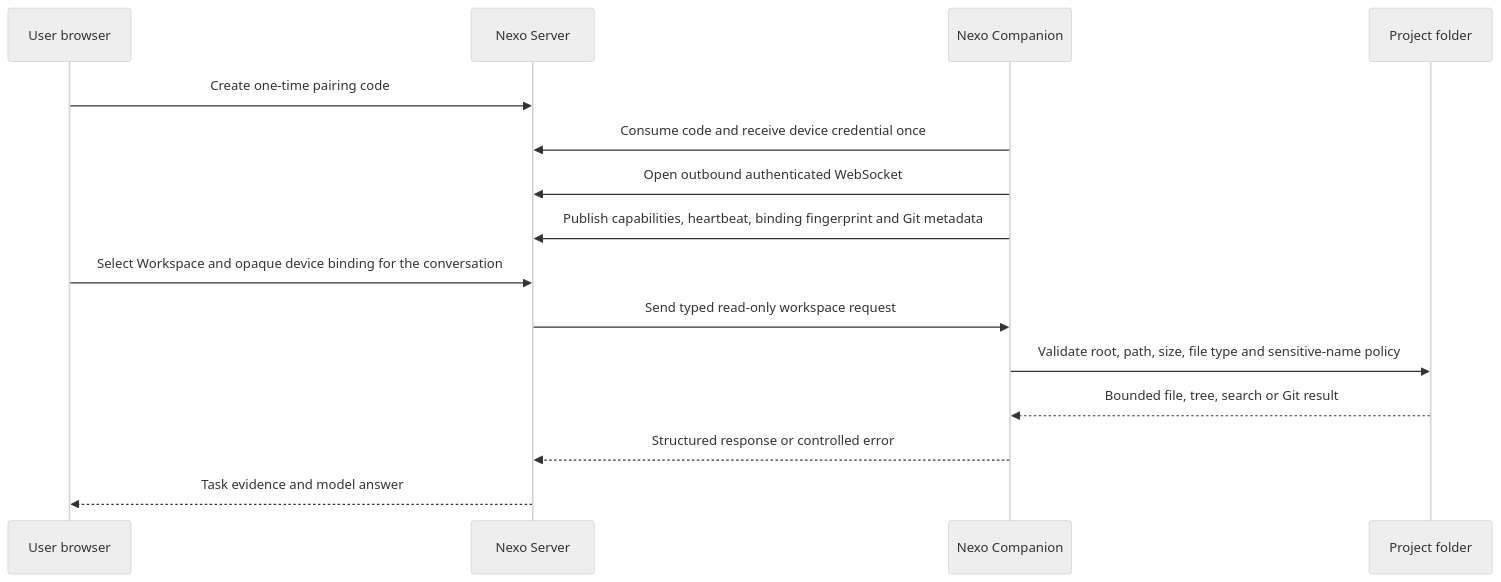
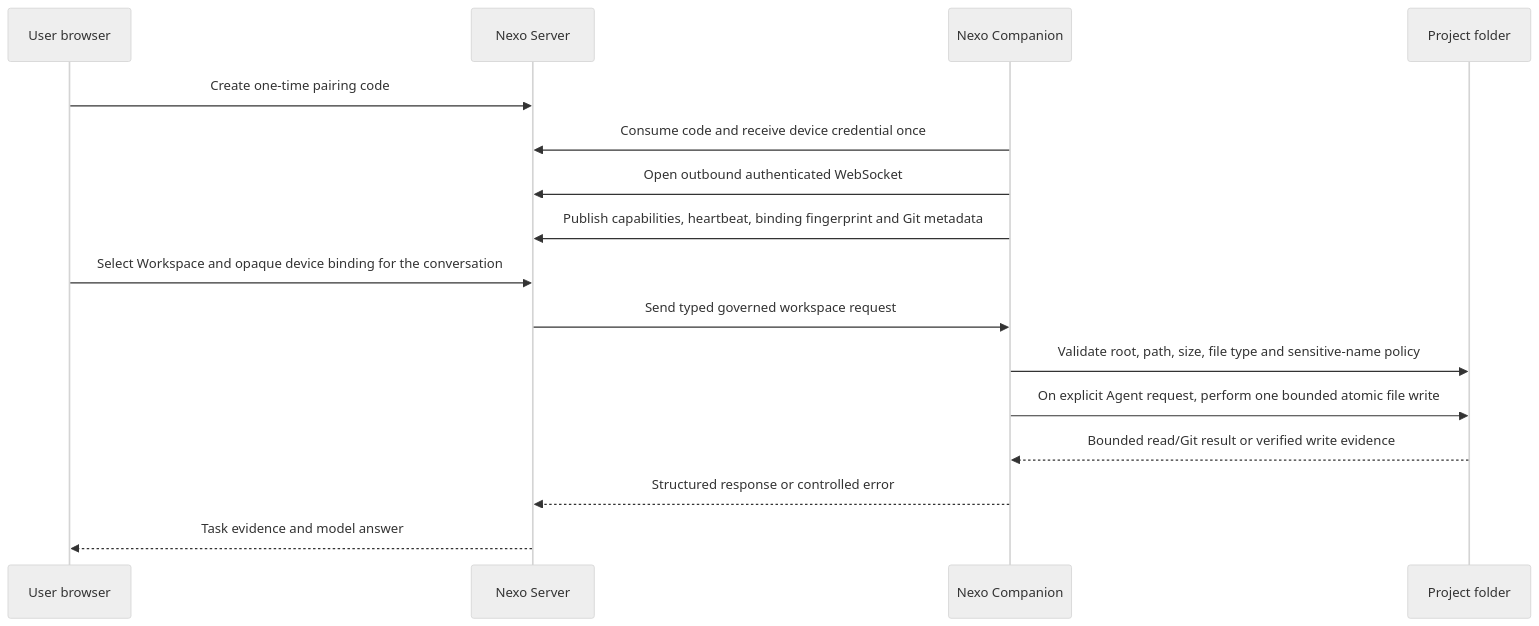
Before and after one commit to SamuckqaDev/nexo-ia: the third of 7 diagrams in docs/ARCHITECTURE_OVERVIEW.md, drawn with Mermaid (neutral theme). The commit also changed other lines of this file and 34 other files, not shown here.

Commit message:
feat(agent): execute governed workspace file writes

````diff
--- a/docs/ARCHITECTURE_OVERVIEW.md
+++ b/docs/ARCHITECTURE_OVERVIEW.md
@@ -105,18 +105,19 @@
 ```mermaid
 sequenceDiagram
   participant U as User browser
   participant S as Nexo Server
   participant C as Nexo Companion
   participant P as Project folder
 
   U->>S: Create one-time pairing code
   C->>S: Consume code and receive device credential once
   C->>S: Open outbound authenticated WebSocket
   C->>S: Publish capabilities, heartbeat, binding fingerprint and Git metadata
   U->>S: Select Workspace and opaque device binding for the conversation
-  S->>C: Send typed read-only workspace request
+  S->>C: Send typed governed workspace request
   C->>P: Validate root, path, size, file type and sensitive-name policy
-  P-->>C: Bounded file, tree, search or Git result
+  C->>P: On explicit Agent request, perform one bounded atomic file write
+  P-->>C: Bounded read/Git result or verified write evidence
   C-->>S: Structured response or controlled error
   S-->>U: Task evidence and model answer
 ```
````
